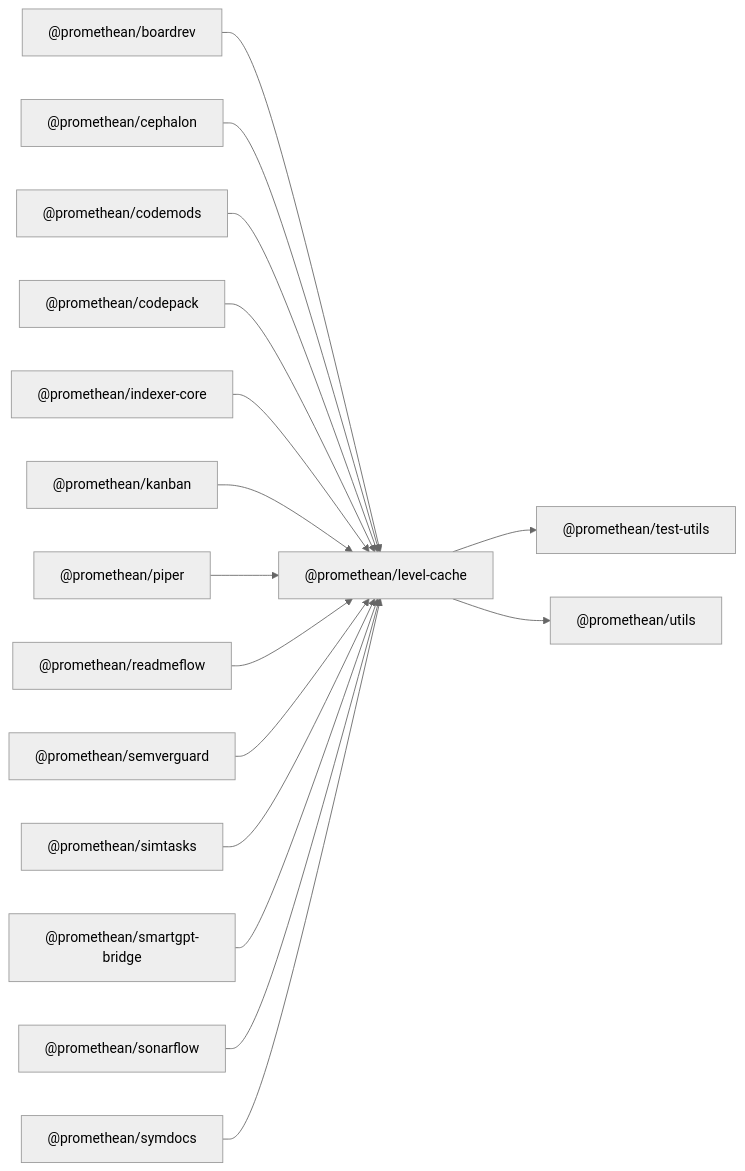
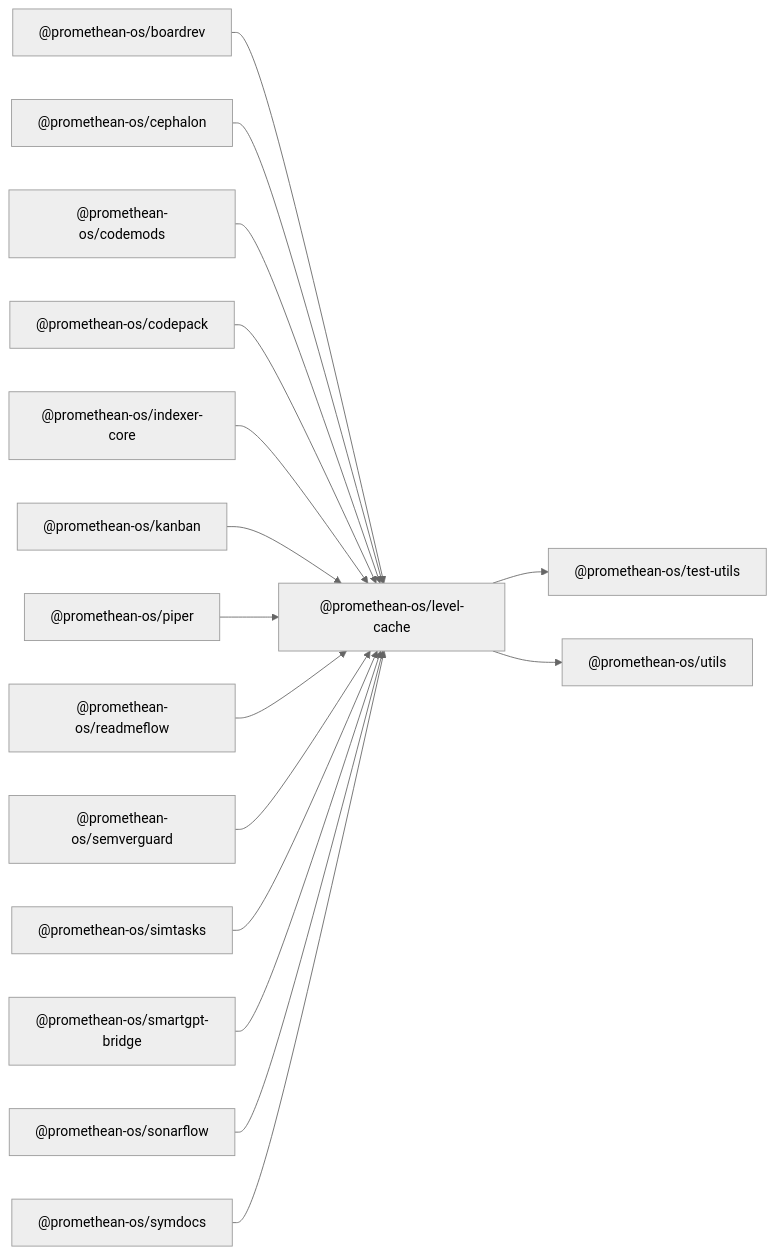
The diagram in docs/packages/level-cache/README.md (octave-commons/promethean), drawn with Mermaid (neutral theme) before and after one commit. The commit also changed other lines of this file and 1753 other files, not shown here.

````diff
--- a/docs/packages/level-cache/README.md
+++ b/docs/packages/level-cache/README.md
@@ -14,49 +14,49 @@
 ```mermaid
 graph LR
-  A["@promethean/level-cache"]
-  D1["@promethean/test-utils"]
-  D2["@promethean/utils"]
-  R1["@promethean/boardrev"]
-  R2["@promethean/cephalon"]
-  R3["@promethean/codemods"]
-  R4["@promethean/codepack"]
-  R5["@promethean/indexer-core"]
-  R6["@promethean/kanban"]
-  R7["@promethean/piper"]
-  R8["@promethean/readmeflow"]
-  R9["@promethean/semverguard"]
-  R10["@promethean/simtasks"]
-  R11["@promethean/smartgpt-bridge"]
-  R12["@promethean/sonarflow"]
-  R13["@promethean/symdocs"]
-  A --> D1["@promethean/test-utils"]
-  A --> D2["@promethean/utils"]
-  R1["@promethean/boardrev"] --> A
-  R2["@promethean/cephalon"] --> A
-  R3["@promethean/codemods"] --> A
-  R4["@promethean/codepack"] --> A
-  R5["@promethean/indexer-core"] --> A
-  R6["@promethean/kanban"] --> A
-  R7["@promethean/piper"] --> A
-  R8["@promethean/readmeflow"] --> A
-  R9["@promethean/semverguard"] --> A
-  R10["@promethean/simtasks"] --> A
-  R11["@promethean/smartgpt-bridge"] --> A
-  R12["@promethean/sonarflow"] --> A
-  R13["@promethean/symdocs"] --> A
-  click D1 "../test-utils/README.md" "@promethean/test-utils"
-  click D2 "../utils/README.md" "@promethean/utils"
-  click R1 "../boardrev/README.md" "@promethean/boardrev"
-  click R2 "../cephalon/README.md" "@promethean/cephalon"
-  click R3 "../codemods/README.md" "@promethean/codemods"
-  click R4 "../codepack/README.md" "@promethean/codepack"
-  click R5 "../indexer-core/README.md" "@promethean/indexer-core"
-  click R6 "../kanban/README.md" "@promethean/kanban"
-  click R7 "../piper/README.md" "@promethean/piper"
-  click R8 "../readmeflow/README.md" "@promethean/readmeflow"
-  click R9 "../semverguard/README.md" "@promethean/semverguard"
-  click R10 "../simtask/README.md" "@promethean/simtasks"
-  click R11 "../smartgpt-bridge/README.md" "@promethean/smartgpt-bridge"
-  click R12 "../sonarflow/README.md" "@promethean/sonarflow"
-  click R13 "../symdocs/README.md" "@promethean/symdocs"
+  A["@promethean-os/level-cache"]
+  D1["@promethean-os/test-utils"]
+  D2["@promethean-os/utils"]
+  R1["@promethean-os/boardrev"]
+  R2["@promethean-os/cephalon"]
+  R3["@promethean-os/codemods"]
+  R4["@promethean-os/codepack"]
+  R5["@promethean-os/indexer-core"]
+  R6["@promethean-os/kanban"]
+  R7["@promethean-os/piper"]
+  R8["@promethean-os/readmeflow"]
+  R9["@promethean-os/semverguard"]
+  R10["@promethean-os/simtasks"]
+  R11["@promethean-os/smartgpt-bridge"]
+  R12["@promethean-os/sonarflow"]
+  R13["@promethean-os/symdocs"]
+  A --> D1["@promethean-os/test-utils"]
+  A --> D2["@promethean-os/utils"]
+  R1["@promethean-os/boardrev"] --> A
+  R2["@promethean-os/cephalon"] --> A
+  R3["@promethean-os/codemods"] --> A
+  R4["@promethean-os/codepack"] --> A
+  R5["@promethean-os/indexer-core"] --> A
+  R6["@promethean-os/kanban"] --> A
+  R7["@promethean-os/piper"] --> A
+  R8["@promethean-os/readmeflow"] --> A
+  R9["@promethean-os/semverguard"] --> A
+  R10["@promethean-os/simtasks"] --> A
+  R11["@promethean-os/smartgpt-bridge"] --> A
+  R12["@promethean-os/sonarflow"] --> A
+  R13["@promethean-os/symdocs"] --> A
+  click D1 "../test-utils/README.md" "@promethean-os/test-utils"
+  click D2 "../utils/README.md" "@promethean-os/utils"
+  click R1 "../boardrev/README.md" "@promethean-os/boardrev"
+  click R2 "../cephalon/README.md" "@promethean-os/cephalon"
+  click R3 "../codemods/README.md" "@promethean-os/codemods"
+  click R4 "../codepack/README.md" "@promethean-os/codepack"
+  click R5 "../indexer-core/README.md" "@promethean-os/indexer-core"
+  click R6 "../kanban/README.md" "@promethean-os/kanban"
+  click R7 "../piper/README.md" "@promethean-os/piper"
+  click R8 "../readmeflow/README.md" "@promethean-os/readmeflow"
+  click R9 "../semverguard/README.md" "@promethean-os/semverguard"
+  click R10 "../simtask/README.md" "@promethean-os/simtasks"
+  click R11 "../smartgpt-bridge/README.md" "@promethean-os/smartgpt-bridge"
+  click R12 "../sonarflow/README.md" "@promethean-os/sonarflow"
+  click R13 "../symdocs/README.md" "@promethean-os/symdocs"
 ```
````
